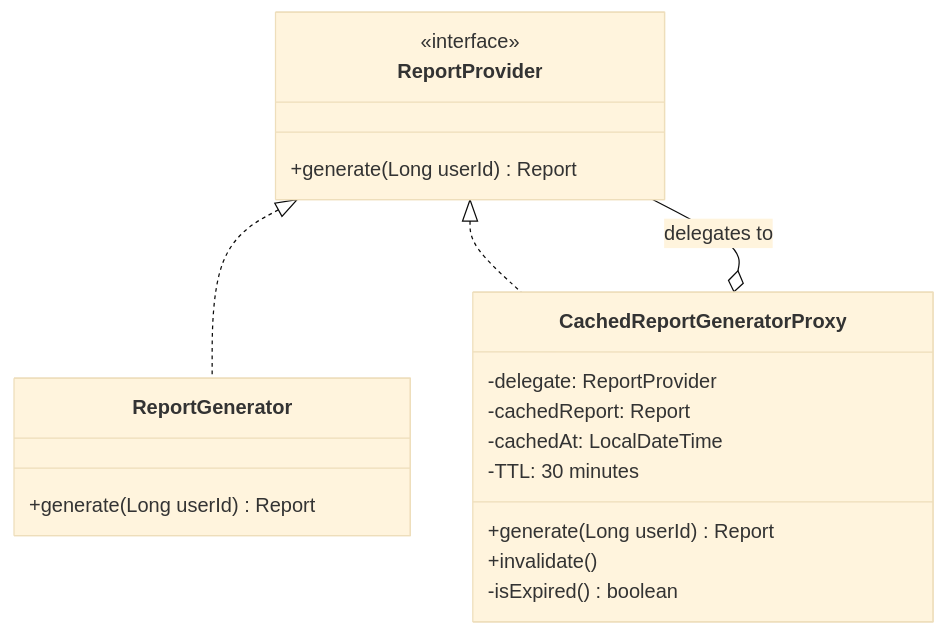
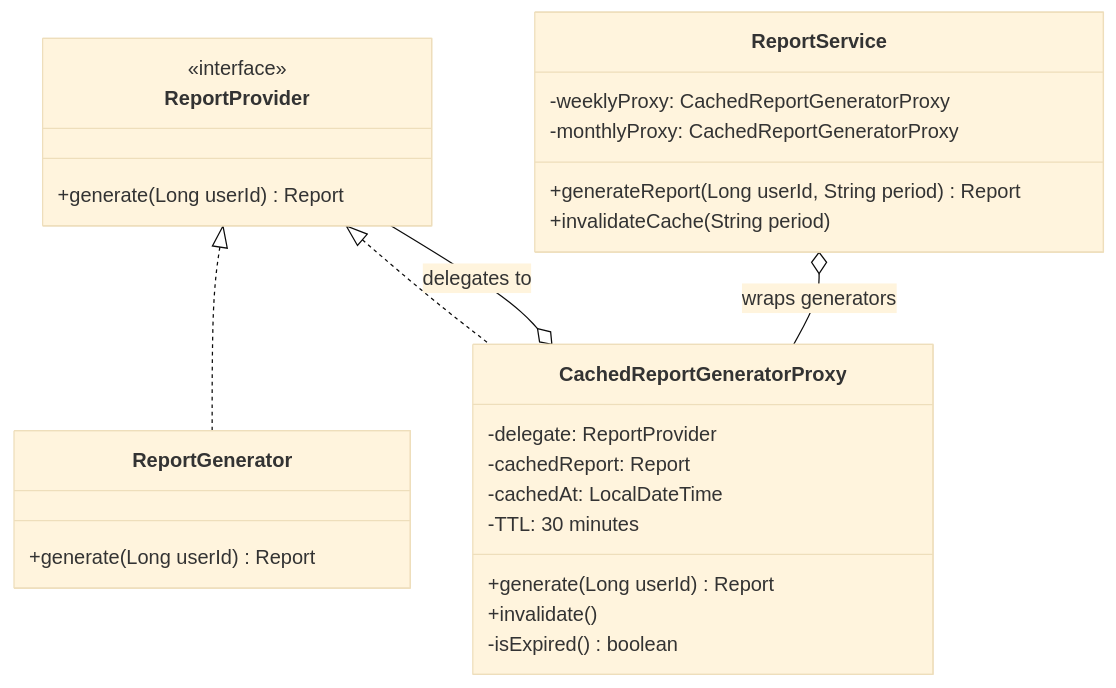
Diagram 29 of 33 in README.md (ced-kwong29/design-patterns), drawn with Mermaid (base theme) before and after one commit. The commit also changed other lines of this file, not shown here.

````diff
--- a/README.md
+++ b/README.md
@@ -903,25 +904,33 @@
 ```mermaid
 classDiagram
     class ReportProvider {
         <<interface>>
         +generate(Long userId) Report
     }
 
     class ReportGenerator {
         +generate(Long userId) Report
     }
 
     class CachedReportGeneratorProxy {
         -delegate: ReportProvider
         -cachedReport: Report
         -cachedAt: LocalDateTime
         -TTL: 30 minutes
         +generate(Long userId) Report
         +invalidate()
         -isExpired() boolean
     }
 
+    class ReportService {
+        -weeklyProxy: CachedReportGeneratorProxy
+        -monthlyProxy: CachedReportGeneratorProxy
+        +generateReport(Long userId, String period) Report
+        +invalidateCache(String period)
+    }
+
     ReportProvider <|.. ReportGenerator
     ReportProvider <|.. CachedReportGeneratorProxy
     CachedReportGeneratorProxy o-- ReportProvider : delegates to
+    ReportService o-- CachedReportGeneratorProxy : wraps generators
 ```
````
